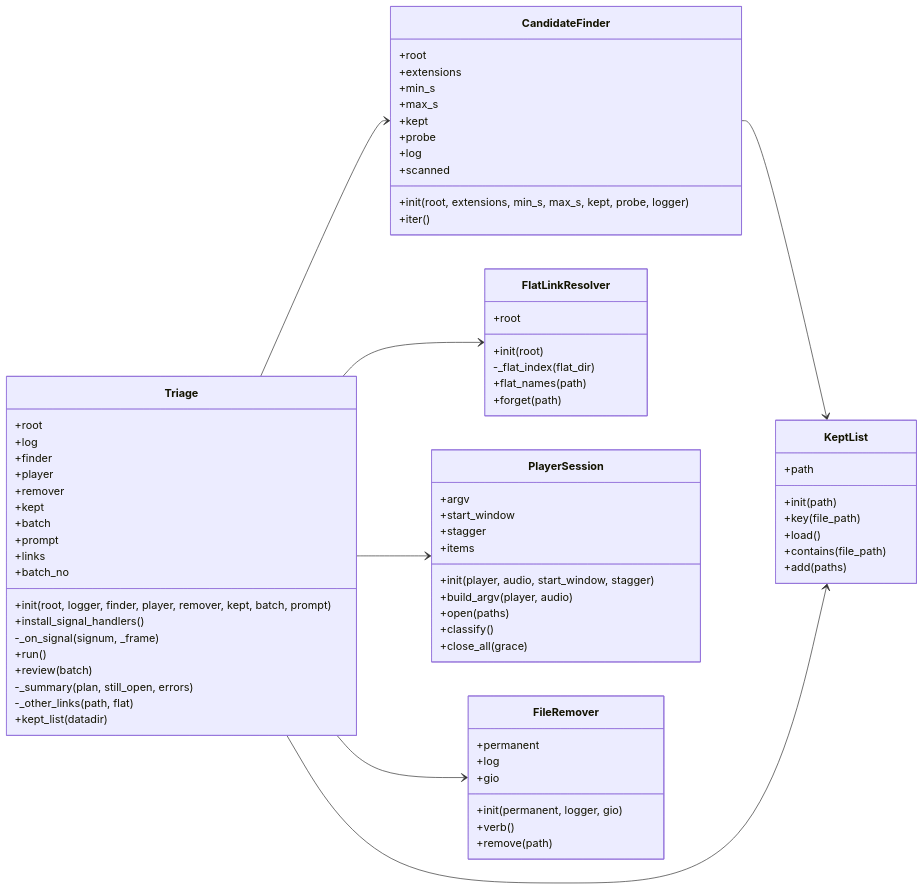
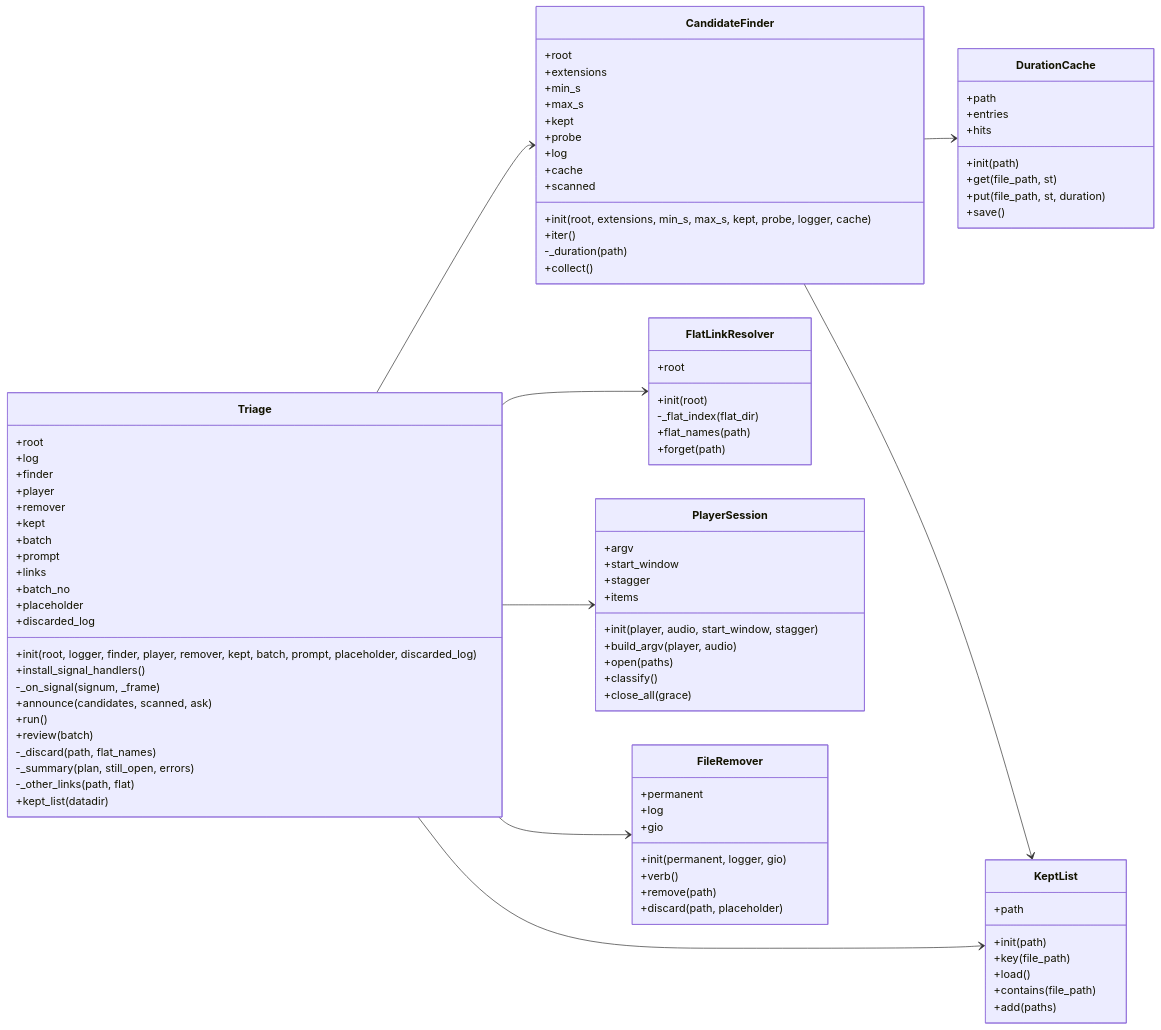
Before and after one commit to peddanet/mediatools: the diagram in docs/img/uml_triage.mmd, drawn with Mermaid. The commit also changed 17 other files, not shown here.

```diff
--- a/docs/img/uml_triage.mmd
+++ b/docs/img/uml_triage.mmd
@@ -1,74 +1,92 @@
 classDiagram
   direction LR
   class CandidateFinder {
     +root
     +extensions
     +min_s
     +max_s
     +kept
     +probe
     +log
+    +cache
     +scanned
-    +init(root, extensions, min_s, max_s, kept, probe, logger)
+    +init(root, extensions, min_s, max_s, kept, probe, logger, cache)
     +iter()
+    -_duration(path)
+    +collect()
+  }
+  class DurationCache {
+    +path
+    +entries
+    +hits
+    +init(path)
+    +get(file_path, st)
+    +put(file_path, st, duration)
+    +save()
   }
   class KeptList {
     +path
     +init(path)
     +key(file_path)
     +load()
     +contains(file_path)
     +add(paths)
   }
   class FlatLinkResolver {
     +root
     +init(root)
     -_flat_index(flat_dir)
     +flat_names(path)
     +forget(path)
   }
   class PlayerSession {
     +argv
     +start_window
     +stagger
     +items
     +init(player, audio, start_window, stagger)
     +build_argv(player, audio)
     +open(paths)
     +classify()
     +close_all(grace)
   }
   class FileRemover {
     +permanent
     +log
     +gio
     +init(permanent, logger, gio)
     +verb()
     +remove(path)
+    +discard(path, placeholder)
   }
   class Triage {
     +root
     +log
     +finder
     +player
     +remover
     +kept
     +batch
     +prompt
     +links
     +batch_no
-    +init(root, logger, finder, player, remover, kept, batch, prompt)
+    +placeholder
+    +discarded_log
+    +init(root, logger, finder, player, remover, kept, batch, prompt, placeholder, discarded_log)
     +install_signal_handlers()
     -_on_signal(signum, _frame)
+    +announce(candidates, scanned, ask)
     +run()
     +review(batch)
+    -_discard(path, flat_names)
     -_summary(plan, still_open, errors)
     -_other_links(path, flat)
     +kept_list(datadir)
   }
+  CandidateFinder --> DurationCache
   CandidateFinder --> KeptList
   Triage --> CandidateFinder
   Triage --> FileRemover
   Triage --> FlatLinkResolver
   Triage --> KeptList
   Triage --> PlayerSession
```
